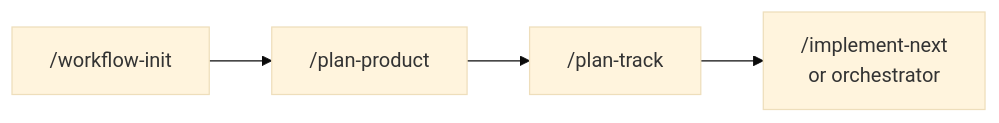
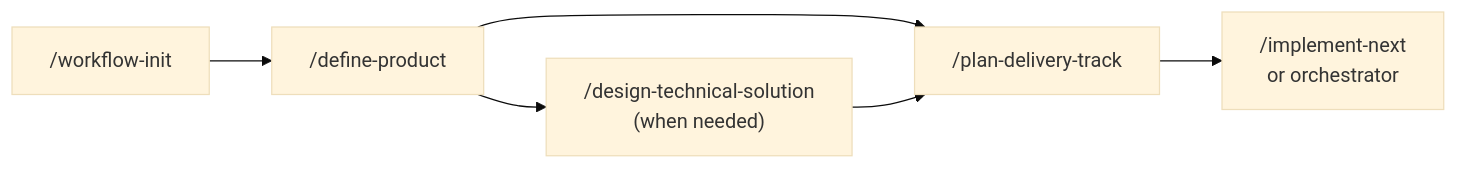
Before and after one commit to aryeko/agentic-workflow-kit: the diagram in docs/getting-started.md, drawn with Mermaid (base theme). The commit also changed other lines of this file and 86 other files, not shown here.

````diff
--- a/docs/getting-started.md
+++ b/docs/getting-started.md
@@ -26,4 +26,5 @@
 ```mermaid
 flowchart LR
-  A["/workflow-init"] --> B["/plan-product"] --> C["/plan-track"] --> D["/implement-next<br/>or orchestrator"]
+  A["/workflow-init"] --> B["/define-product"] --> C["/plan-delivery-track"] --> D["/implement-next<br/>or orchestrator"]
+  B --> E["/design-technical-solution<br/>(when needed)"] --> C
 ```
````
